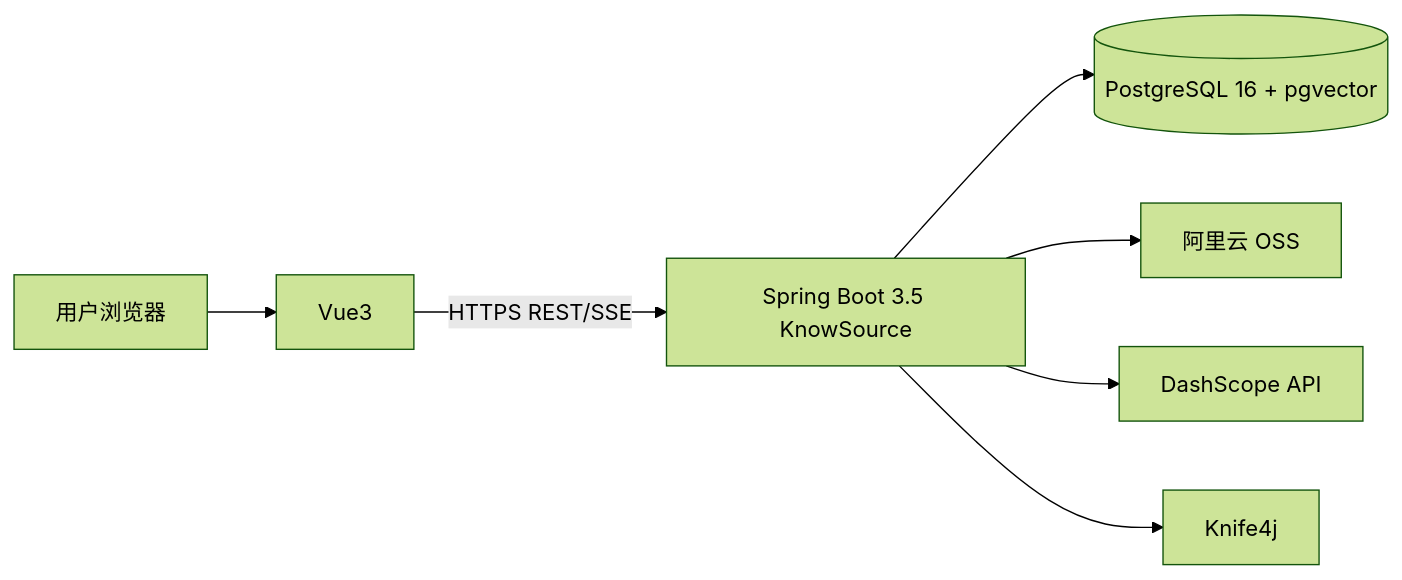
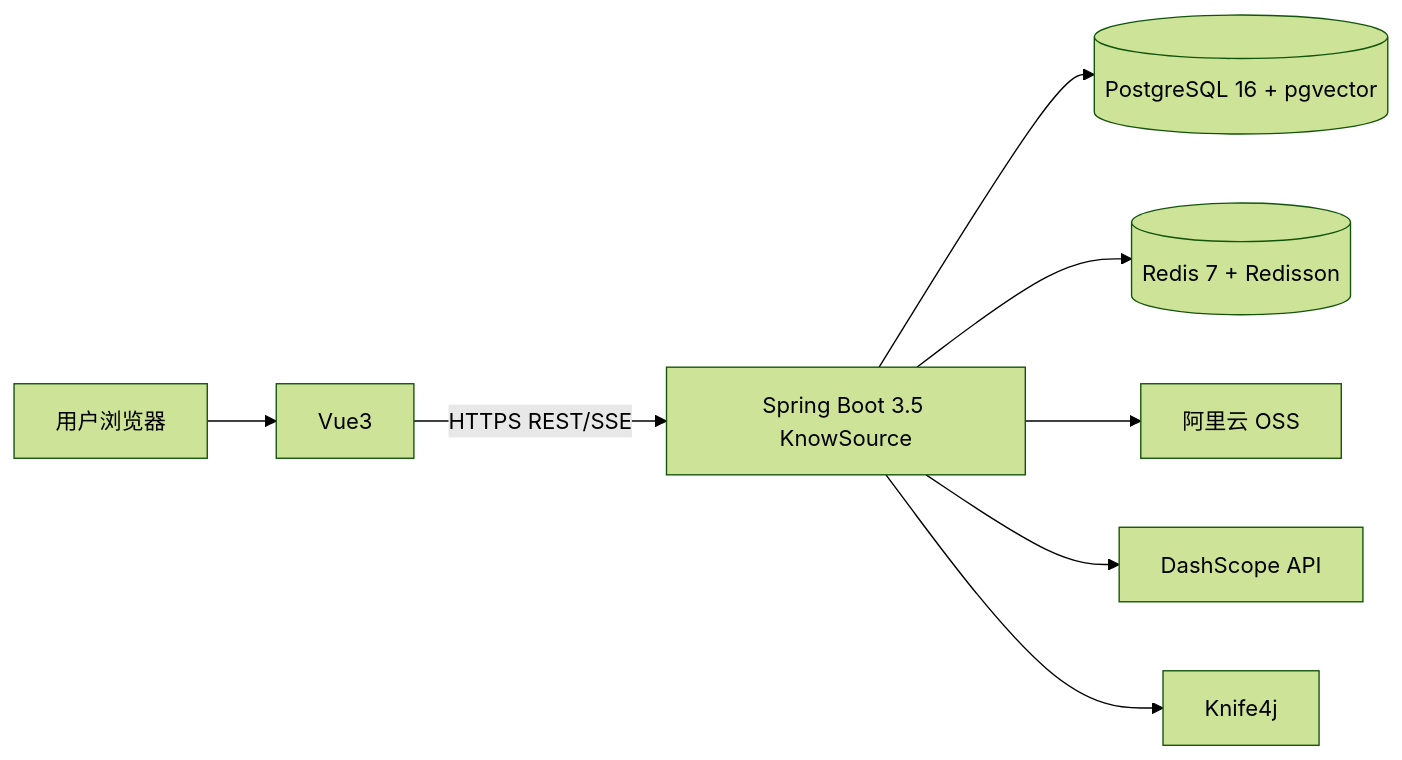
One commit to codeson-1/KnowSource changed the third of 12 diagrams in docs/architecture/KnowSource-RAG-架构设计文档.md. Above: the diagram before and after it, drawn with Mermaid (forest theme). The commit also changed other lines of this file and 38 other files, not shown here.

````diff
--- a/docs/architecture/KnowSource-RAG-架构设计文档.md
+++ b/docs/architecture/KnowSource-RAG-架构设计文档.md
@@ -348,9 +355,10 @@
 ```mermaid
 flowchart LR
     User[用户浏览器] --> Vue3
     Vue3 -->|HTTPS REST/SSE| App[Spring Boot 3.5 KnowSource]
     App --> PG[(PostgreSQL 16 + pgvector)]
+    App --> Redis[(Redis 7 + Redisson)]
     App --> OSS[阿里云 OSS]
     App --> DS[DashScope API]
     App --> Knife4j
 ```
````
